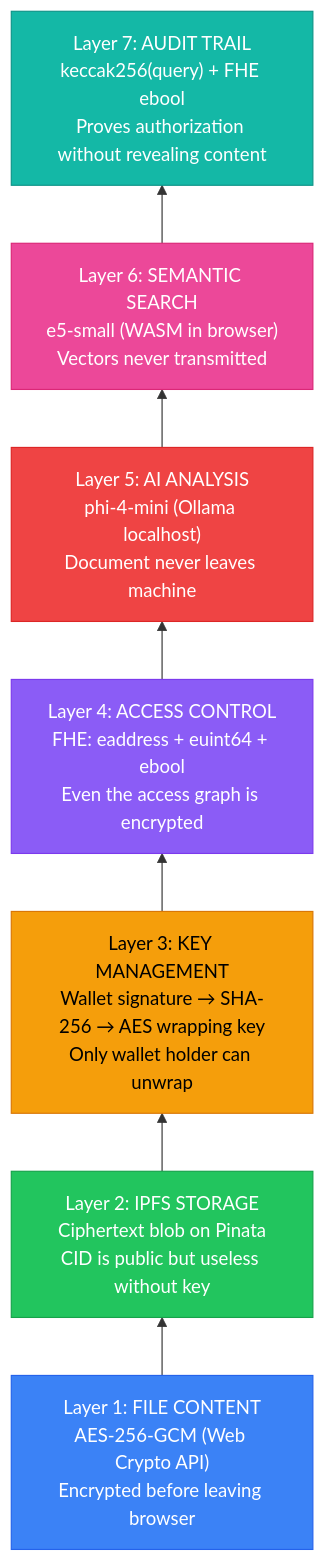
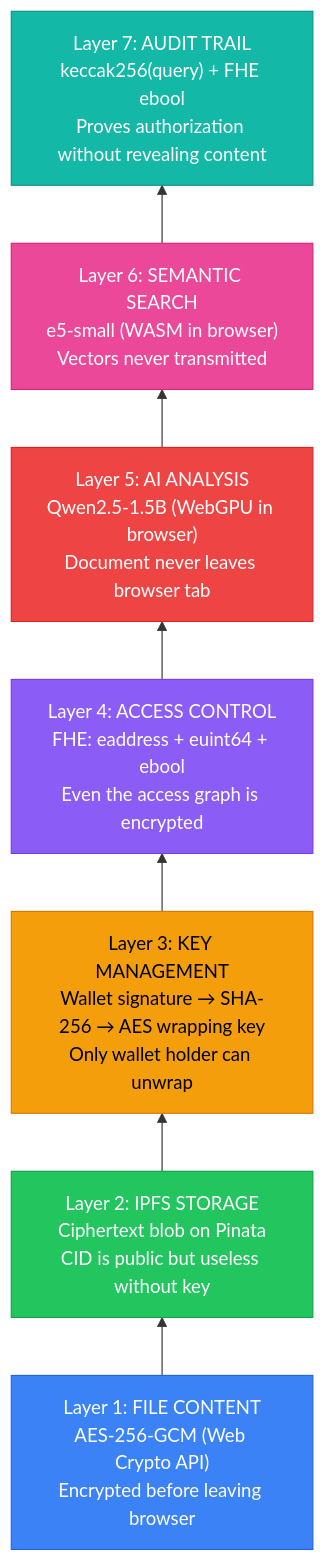
One commit to harystyleseze/custos changed diagram 11 of 16 in ARCHITECTURE.md. Above: the diagram before and after it, drawn with Mermaid. The commit also changed other lines of this file and 3 other files, not shown here.

````diff
--- a/ARCHITECTURE.md
+++ b/ARCHITECTURE.md
@@ -431,25 +428,25 @@
 ```mermaid
 graph BT
     L1["Layer 1: FILE CONTENT<br/>AES-256-GCM (Web Crypto API)<br/>Encrypted before leaving browser"]
     L2["Layer 2: IPFS STORAGE<br/>Ciphertext blob on Pinata<br/>CID is public but useless without key"]
     L3["Layer 3: KEY MANAGEMENT<br/>Wallet signature → SHA-256 → AES wrapping key<br/>Only wallet holder can unwrap"]
     L4["Layer 4: ACCESS CONTROL<br/>FHE: eaddress + euint64 + ebool<br/>Even the access graph is encrypted"]
-    L5["Layer 5: AI ANALYSIS<br/>phi-4-mini (Ollama localhost)<br/>Document never leaves machine"]
+    L5["Layer 5: AI ANALYSIS<br/>Qwen2.5-1.5B (WebGPU in browser)<br/>Document never leaves browser tab"]
     L6["Layer 6: SEMANTIC SEARCH<br/>e5-small (WASM in browser)<br/>Vectors never transmitted"]
     L7["Layer 7: AUDIT TRAIL<br/>keccak256(query) + FHE ebool<br/>Proves authorization without revealing content"]
 
     L1 --> L2
     L2 --> L3
     L3 --> L4
     L4 --> L5
     L5 --> L6
     L6 --> L7
 
     style L1 fill:#3b82f6,stroke:#2563eb,color:#fff
     style L2 fill:#22c55e,stroke:#16a34a,color:#fff
     style L3 fill:#f59e0b,stroke:#d97706,color:#000
     style L4 fill:#8b5cf6,stroke:#7c3aed,color:#fff
     style L5 fill:#ef4444,stroke:#dc2626,color:#fff
     style L6 fill:#ec4899,stroke:#db2777,color:#fff
     style L7 fill:#14b8a6,stroke:#0d9488,color:#fff
 ```
````
